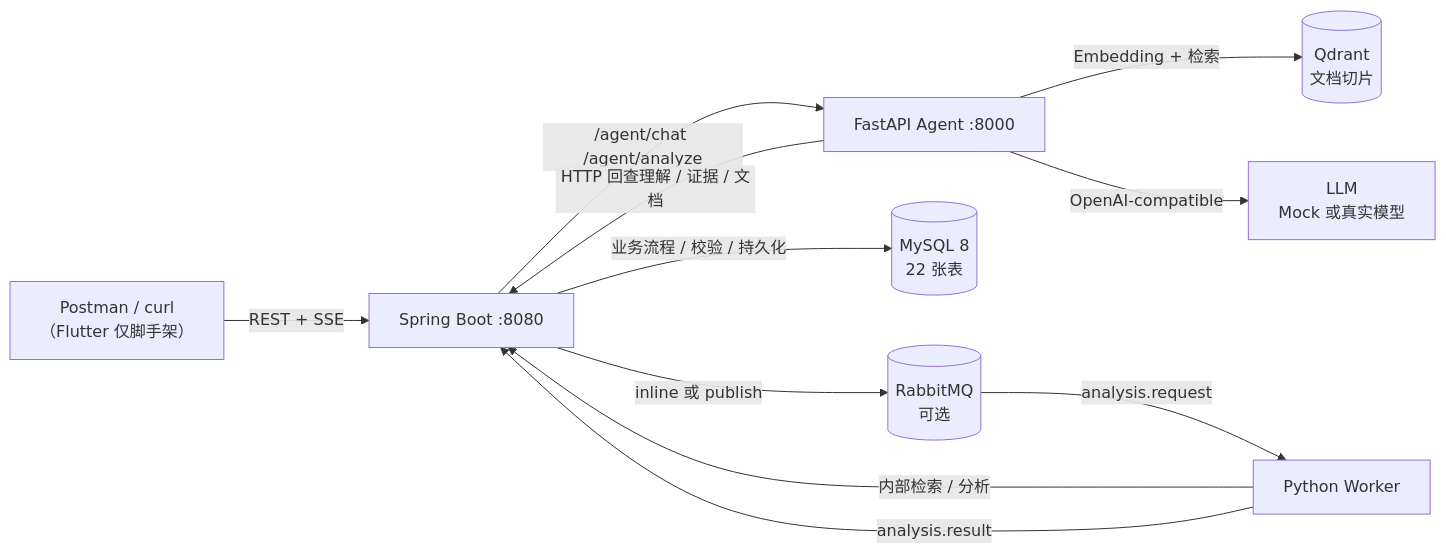
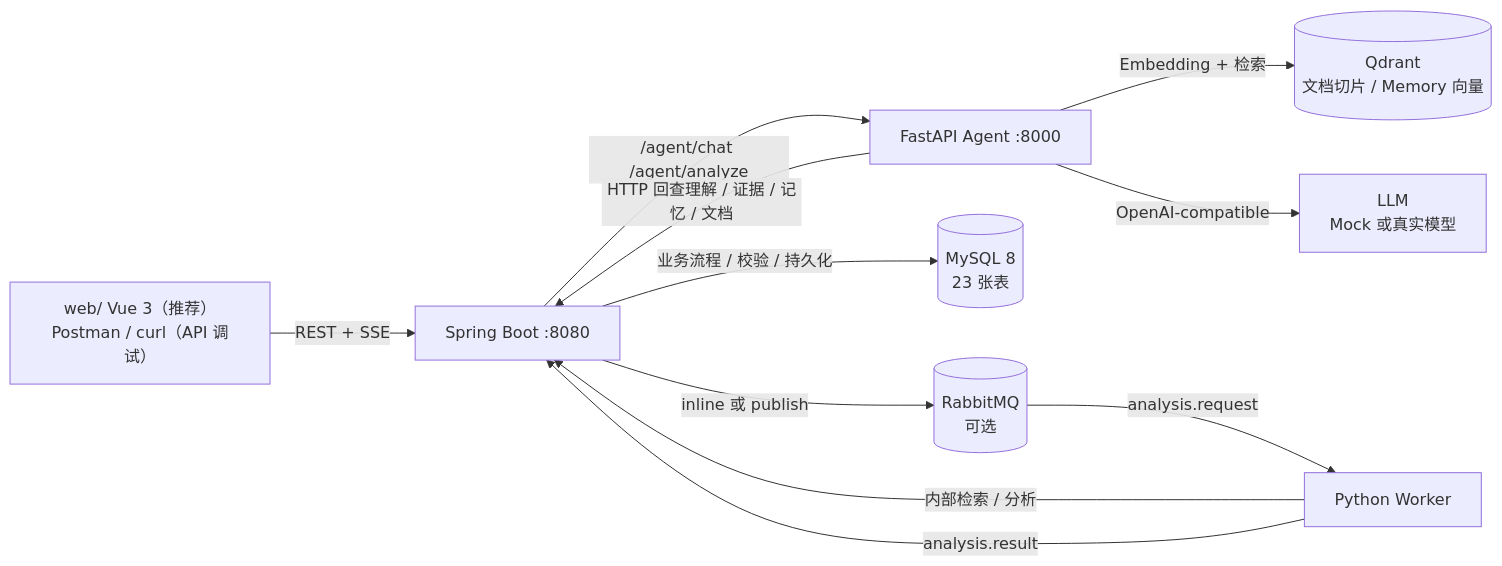
One commit to ilm-y/AI-Learning-Space changed the diagram in README.md. Above: the diagram before and after it, drawn with Mermaid. The commit also changed other lines of this file and 3 other files, not shown here.

````diff
--- a/README.md
+++ b/README.md
@@ -53,13 +57,13 @@
 ```mermaid
 flowchart LR
-    C["Postman / curl<br/>（Flutter 仅脚手架）"] -->|"REST + SSE"| S["Spring Boot :8080"]
+    C["web/ Vue 3（推荐）<br/>Postman / curl（API 调试）"] -->|"REST + SSE"| S["Spring Boot :8080"]
     S -->|"/agent/chat /agent/analyze"| A["FastAPI Agent :8000"]
-    S -->|"业务流程 / 校验 / 持久化"| DB[("MySQL 8<br/>22 张表")]
+    S -->|"业务流程 / 校验 / 持久化"| DB[("MySQL 8<br/>23 张表")]
     S -->|"inline 或 publish"| MQ[("RabbitMQ<br/>可选")]
     MQ -->|"analysis.request"| W["Python Worker"]
     W -->|"内部检索 / 分析"| S
     W -->|"analysis.result"| S
-    A -->|"HTTP 回查理解 / 证据 / 文档"| S
-    A -->|"Embedding + 检索"| Q[("Qdrant<br/>文档切片")]
+    A -->|"HTTP 回查理解 / 证据 / 记忆 / 文档"| S
+    A -->|"Embedding + 检索"| Q[("Qdrant<br/>文档切片 / Memory 向量")]
     A -->|"OpenAI-compatible"| L["LLM<br/>Mock 或真实模型"]
 ```
````
